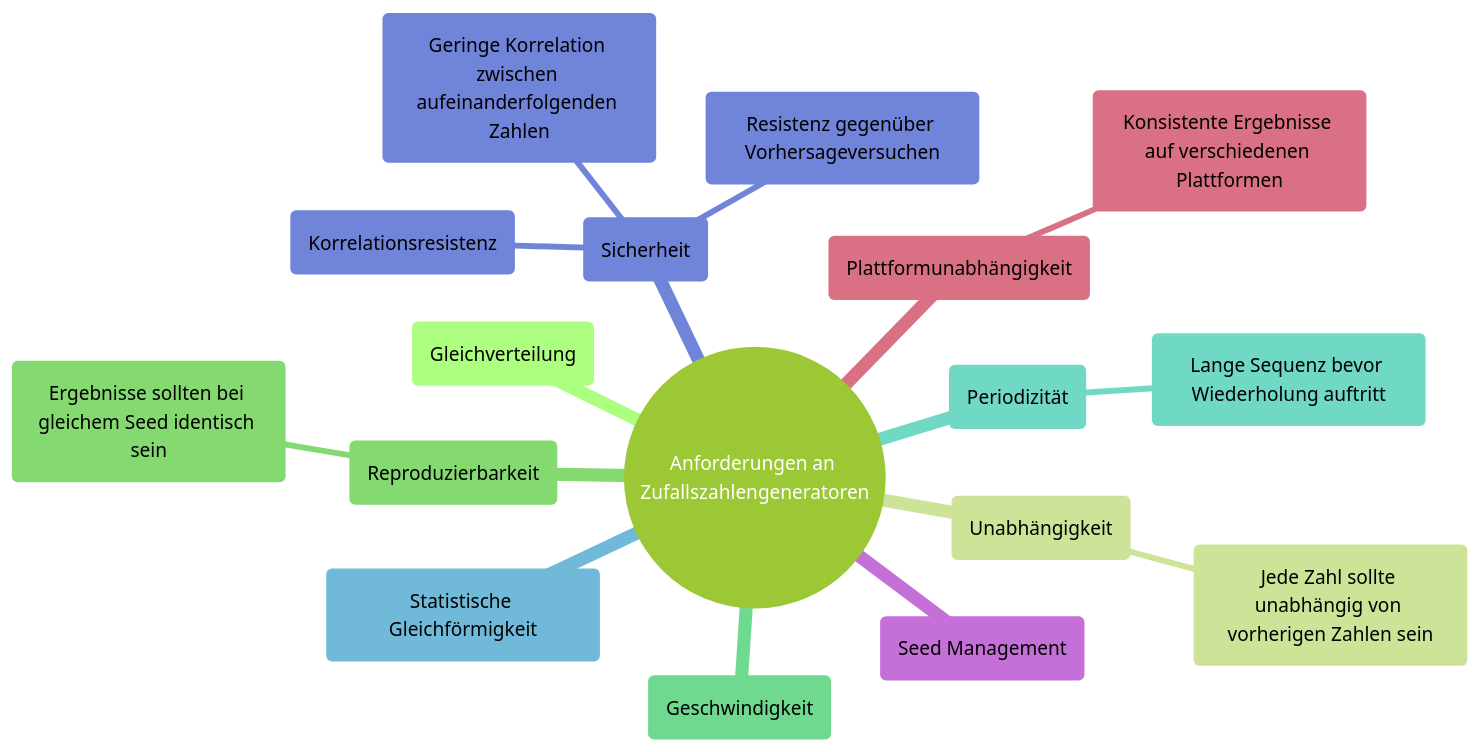
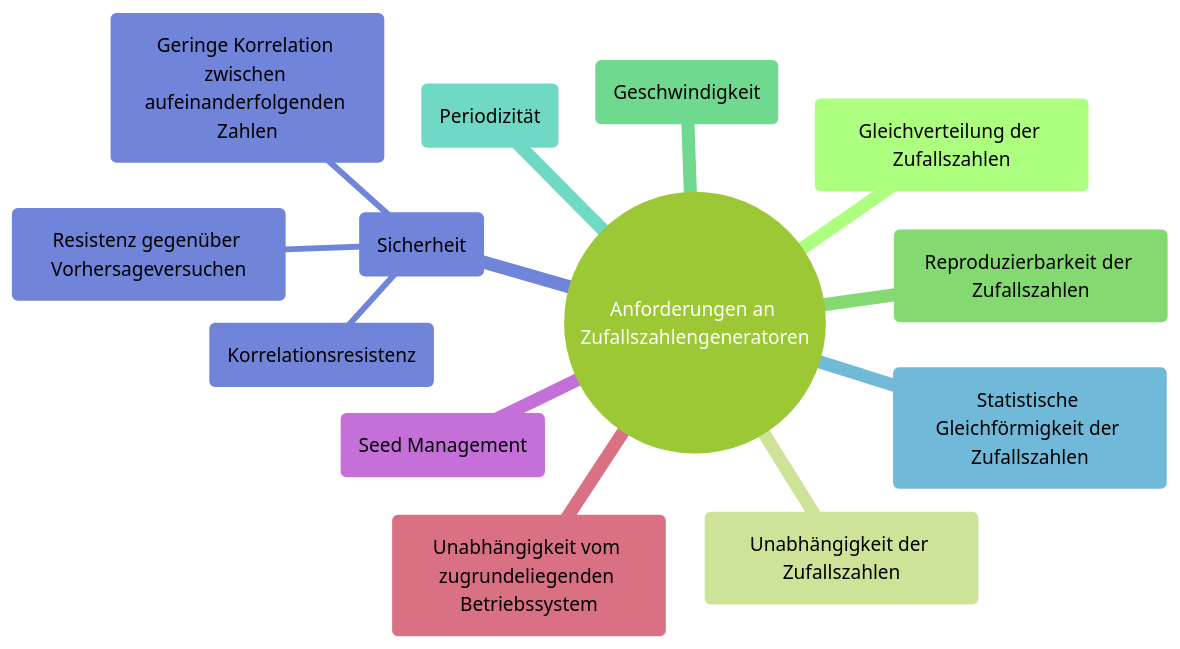
The first of 2 diagrams in Zufallszahlengeneratoren.qmd (mrossde/PE1_PE2), drawn with Mermaid before and after one commit. The commit also changed other lines of this file and 36 other files, not shown here.

````diff
--- a/Zufallszahlengeneratoren.qmd
+++ b/Zufallszahlengeneratoren.qmd
@@ -133,23 +101,19 @@
 ```{mermaid}
 %%| label: fig-label-mmanforderungenzufallsgen
 %%| fig-cap: "Mindmap wichtiger Anforderungen an Zufallszahlengeneratoren"
 %%{init: {'theme': 'forest'}}%%
 mindmap
   root((Anforderungen an Zufallszahlengeneratoren))
-    (Gleichverteilung)
-    (Unabhängigkeit)
-      ("Jede Zahl sollte unabhängig von vorherigen Zahlen sein")
-    (Reproduzierbarkeit)
-      ("Ergebnisse sollten bei gleichem Seed identisch sein")
+    (Gleichverteilung der Zufallszahlen)
+    (Unabhängigkeit der Zufallszahlen)
+    (Reproduzierbarkeit der Zufallszahlen)
     (Geschwindigkeit)
     (Periodizität)
-      ("Lange Sequenz bevor Wiederholung auftritt")
-    (Statistische Gleichförmigkeit)
+    (Statistische Gleichförmigkeit der Zufallszahlen)
     (Sicherheit)
       (Korrelationsresistenz)
       (Geringe Korrelation zwischen aufeinanderfolgenden Zahlen)
       (Resistenz gegenüber Vorhersageversuchen)
     (Seed Management)
-    (Plattformunabhängigkeit)
-      ("Konsistente Ergebnisse auf verschiedenen Plattformen")
+    (Unabhängigkeit vom zugrundeliegenden Betriebssystem)
 ```
````
